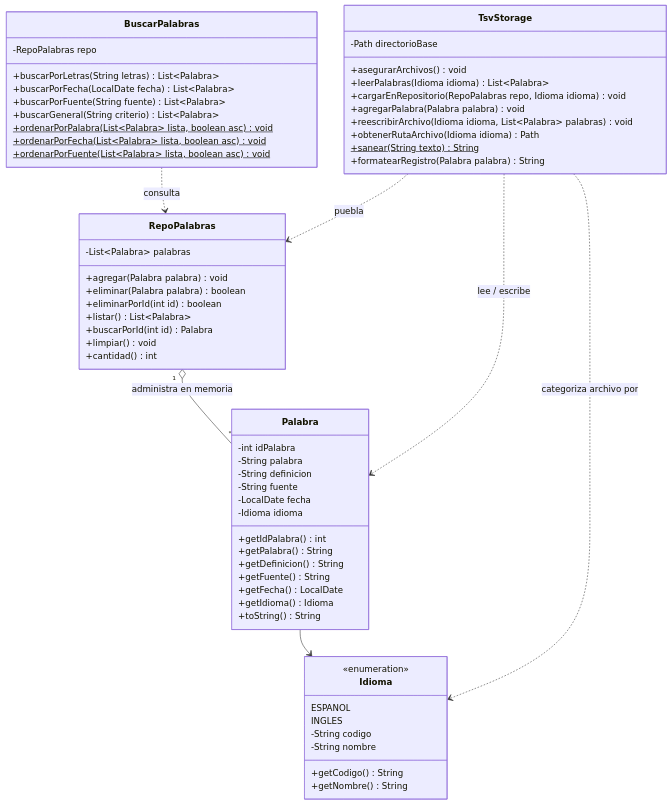
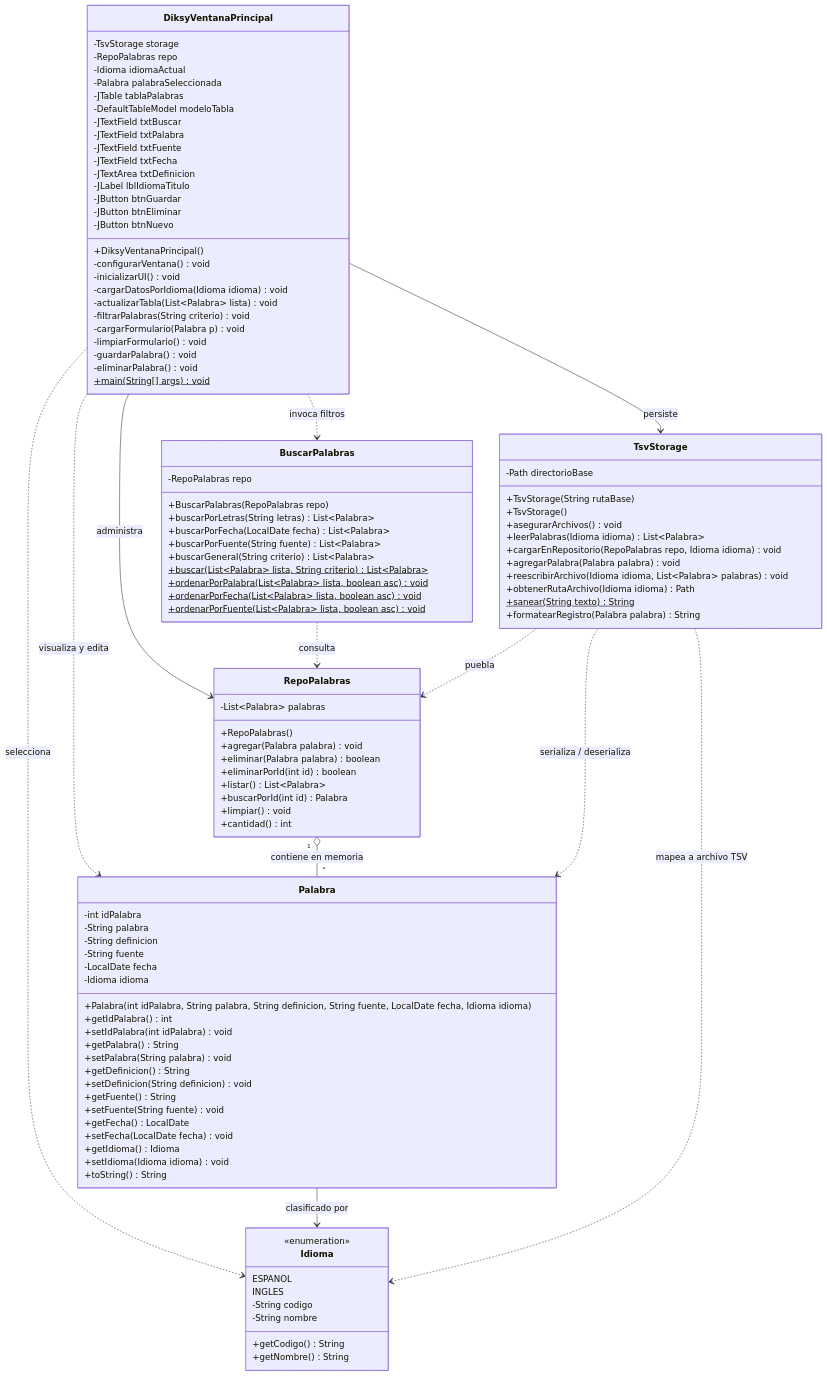
The second of 3 diagrams in Docs/UML.md (manupinta2009-max/Diksy), drawn with Mermaid before and after one commit. The commit also changed other lines of this file and 4 other files, not shown here.

````diff
--- a/Docs/UML.md
+++ b/Docs/UML.md
@@ -3,5 +46,34 @@
 ```mermaid
 classDiagram
+    class DiksyVentanaPrincipal {
+        -TsvStorage storage
+        -RepoPalabras repo
+        -Idioma idiomaActual
+        -Palabra palabraSeleccionada
+        -JTable tablaPalabras
+        -DefaultTableModel modeloTabla
+        -JTextField txtBuscar
+        -JTextField txtPalabra
+        -JTextField txtFuente
+        -JTextField txtFecha
+        -JTextArea txtDefinicion
+        -JLabel lblIdiomaTitulo
+        -JButton btnGuardar
+        -JButton btnEliminar
+        -JButton btnNuevo
+        +DiksyVentanaPrincipal()
+        -configurarVentana() void
+        -inicializarUI() void
+        -cargarDatosPorIdioma(Idioma idioma) void
+        -actualizarTabla(List~Palabra~ lista) void
+        -filtrarPalabras(String criterio) void
+        -cargarFormulario(Palabra p) void
+        -limpiarFormulario() void
+        -guardarPalabra() void
+        -eliminarPalabra() void
+        +main(String[] args)$ void
+    }
+
     class Palabra {
         -int idPalabra
         -String palabra
@@ -9,12 +81,19 @@
         -String fuente
         -LocalDate fecha
         -Idioma idioma
+        +Palabra(int idPalabra, String palabra, String definicion, String fuente, LocalDate fecha, Idioma idioma)
         +getIdPalabra() int
+        +setIdPalabra(int idPalabra) void
         +getPalabra() String
+        +setPalabra(String palabra) void
         +getDefinicion() String
+        +setDefinicion(String definicion) void
         +getFuente() String
+        +setFuente(String fuente) void
         +getFecha() LocalDate
+        +setFecha(LocalDate fecha) void
         +getIdioma() Idioma
+        +setIdioma(Idioma idioma) void
         +toString() String
     }
 
@@ -30,6 +109,7 @@
 
     class RepoPalabras {
         -List~Palabra~ palabras
+        +RepoPalabras()
         +agregar(Palabra palabra) void
         +eliminar(Palabra palabra) boolean
         +eliminarPorId(int id) boolean
@@ -41,10 +121,12 @@
 
     class BuscarPalabras {
         -RepoPalabras repo
+        +BuscarPalabras(RepoPalabras repo)
         +buscarPorLetras(String letras) List~Palabra~
         +buscarPorFecha(LocalDate fecha) List~Palabra~
         +buscarPorFuente(String fuente) List~Palabra~
         +buscarGeneral(String criterio) List~Palabra~
+        +buscar(List~Palabra~ lista, String criterio)$ List~Palabra~
         +ordenarPorPalabra(List~Palabra~ lista, boolean asc)$ void
         +ordenarPorFecha(List~Palabra~ lista, boolean asc)$ void
         +ordenarPorFuente(List~Palabra~ lista, boolean asc)$ void
@@ -52,6 +134,8 @@
 
     class TsvStorage {
         -Path directorioBase
+        +TsvStorage(String rutaBase)
+        +TsvStorage()
         +asegurarArchivos() void
         +leerPalabras(Idioma idioma) List~Palabra~
         +cargarEnRepositorio(RepoPalabras repo, Idioma idioma) void
@@ -62,10 +146,15 @@
         +formatearRegistro(Palabra palabra) String
     }
 
-    Palabra --> Idioma
-    RepoPalabras "1" o-- "*" Palabra : administra en memoria
+    DiksyVentanaPrincipal --> RepoPalabras : administra
+    DiksyVentanaPrincipal --> TsvStorage : persiste
+    DiksyVentanaPrincipal ..> BuscarPalabras : invoca filtros
+    DiksyVentanaPrincipal ..> Idioma : selecciona
+    DiksyVentanaPrincipal ..> Palabra : visualiza y edita
+    Palabra --> Idioma : clasificado por
+    RepoPalabras "1" o-- "*" Palabra : contiene en memoria
     BuscarPalabras ..> RepoPalabras : consulta
-    TsvStorage ..> Palabra : lee / escribe
-    TsvStorage ..> Idioma : categoriza archivo por
+    TsvStorage ..> Palabra : serializa / deserializa
+    TsvStorage ..> Idioma : mapea a archivo TSV
     TsvStorage ..> RepoPalabras : puebla
 ```
````
